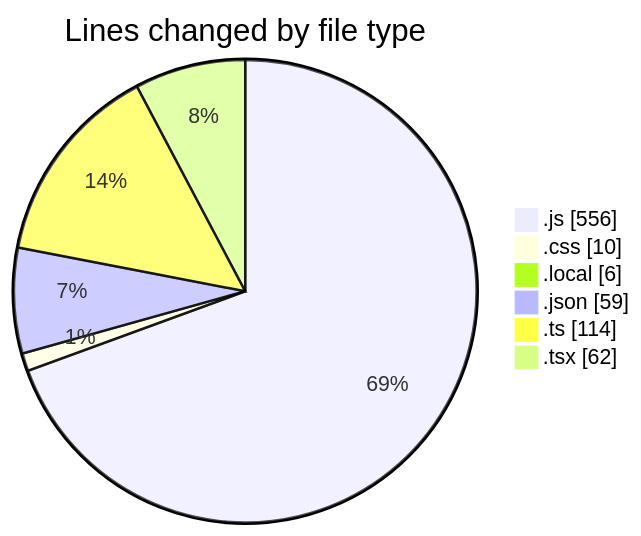
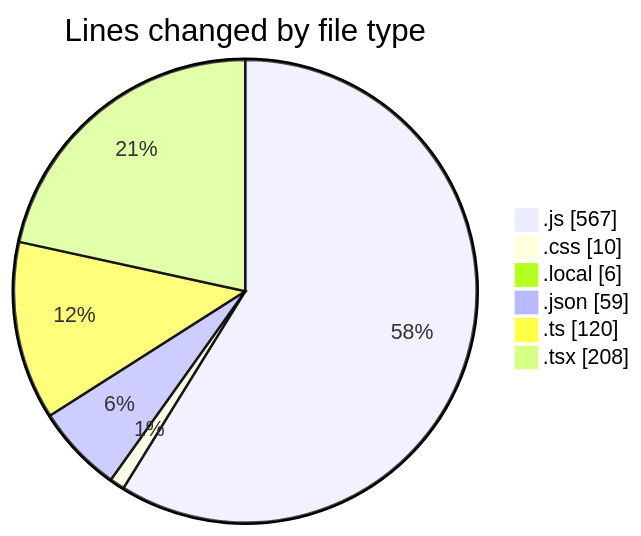
Before and after one commit to Ritupan-Deka/code-tracking: the first of 2 diagrams in 2025-05-04/houserentalservice/README.md, drawn with Mermaid. The commit also changed other lines of this file and 1 other file, not shown here.

````diff
--- a/2025-05-04/houserentalservice/README.md
+++ b/2025-05-04/houserentalservice/README.md
@@ -45,10 +50,10 @@
 ```mermaid
 pie showData
 title Lines changed by file type
-".js" : 556
+".js" : 567
 ".css" : 10
 ".local" : 6
 ".json" : 59
-".ts" : 114
-".tsx" : 62
+".ts" : 120
+".tsx" : 208
 ```
````
